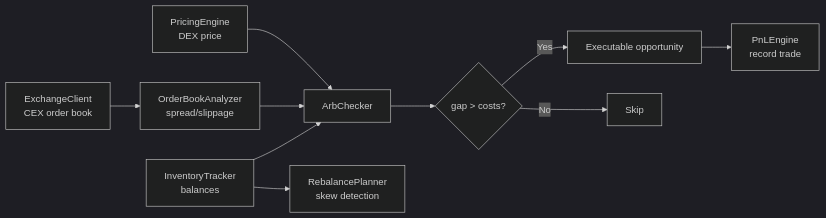
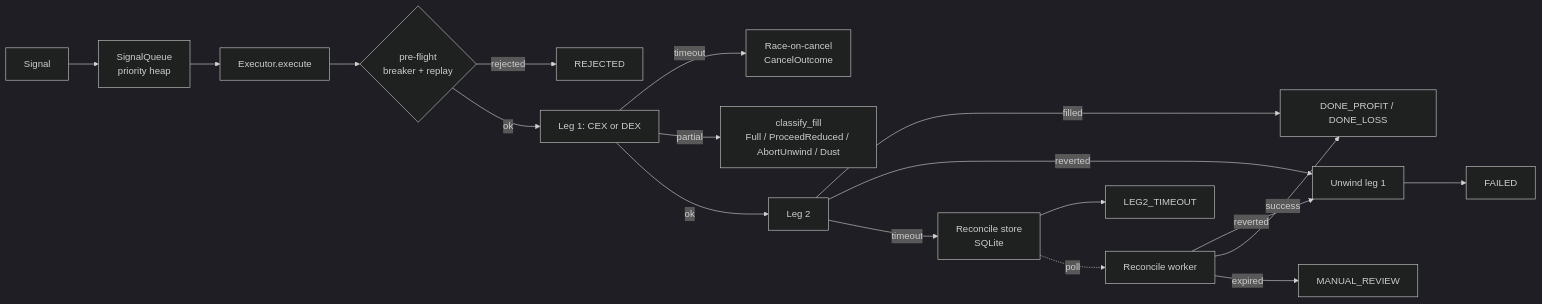
The second of 2 diagrams in README.md (Gravelino/peanut_internship), drawn with Mermaid (dark theme) before and after one commit. The commit also changed other lines of this file, not shown here.

First line of the commit message:
docs(readme): refresh with executor, observability, arb_bot guide

````diff
--- a/README.md
+++ b/README.md
@@ -99,11 +156,18 @@
 ```mermaid
 flowchart LR
-    A[PricingEngine<br/>DEX price] --> E[ArbChecker]
-    B[ExchangeClient<br/>CEX order book] --> C[OrderBookAnalyzer<br/>spread/slippage] --> E
-    D[InventoryTracker<br/>balances] --> E
-    E --> F{gap > costs?}
-    F -->|Yes| G[Executable opportunity]
-    F -->|No| H[Skip]
-    G --> I[PnLEngine<br/>record trade]
-    D --> J[RebalancePlanner<br/>skew detection]
+    IN[Signal] --> QQ[SignalQueue<br/>priority heap]
+    QQ --> EX[Executor.execute]
+    EX --> PF{pre-flight<br/>breaker + replay}
+    PF -->|rejected| OUT1[REJECTED]
+    PF -->|ok| L1[Leg 1: CEX or DEX]
+    L1 -->|timeout| RC[Race-on-cancel<br/>CancelOutcome]
+    L1 -->|partial| FC[classify_fill<br/>Full / ProceedReduced / AbortUnwind / Dust]
+    L1 -->|ok| L2[Leg 2]
+    L2 -->|filled| OUT2[DONE_PROFIT / DONE_LOSS]
+    L2 -->|reverted| UW[Unwind leg 1] --> OUT3[FAILED]
+    L2 -->|timeout| RS[Reconcile store<br/>SQLite] --> OUT4[LEG2_TIMEOUT]
+    RS -.poll.-> WK[Reconcile worker]
+    WK -->|reverted| UW
+    WK -->|success| OUT2
+    WK -->|expired| OUT5[MANUAL_REVIEW]
 ```
````
